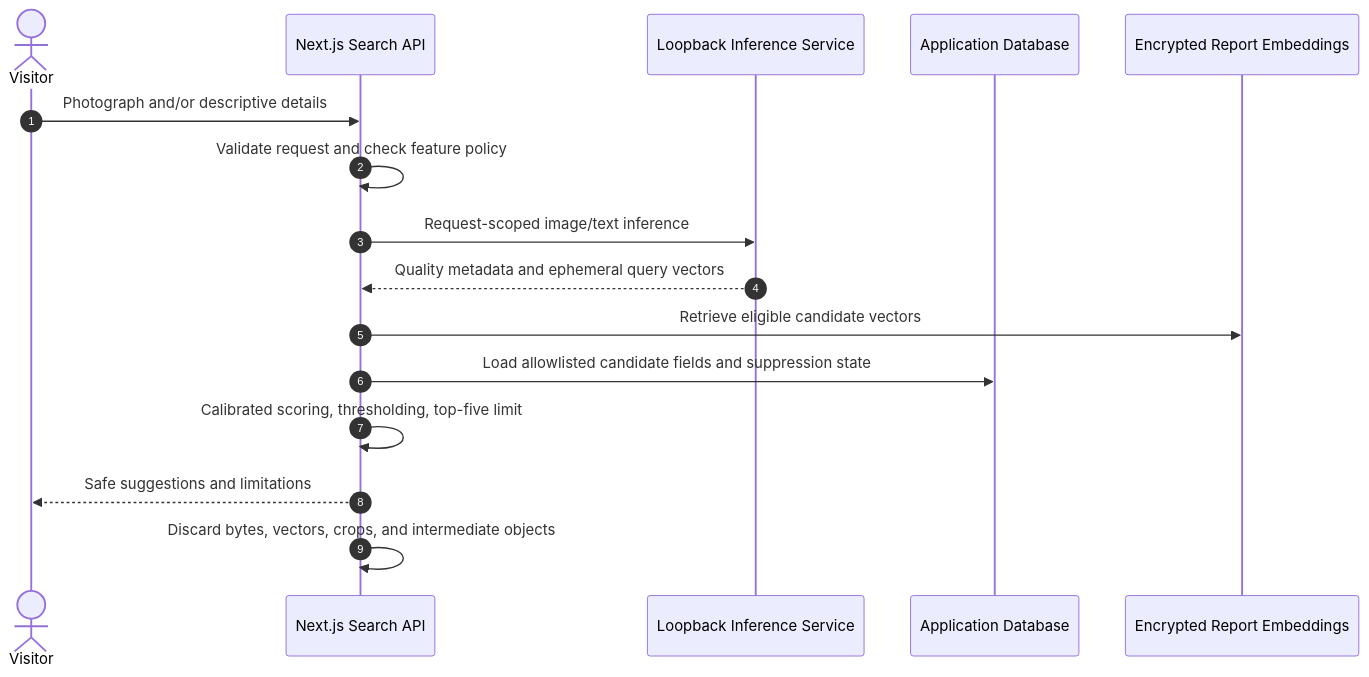
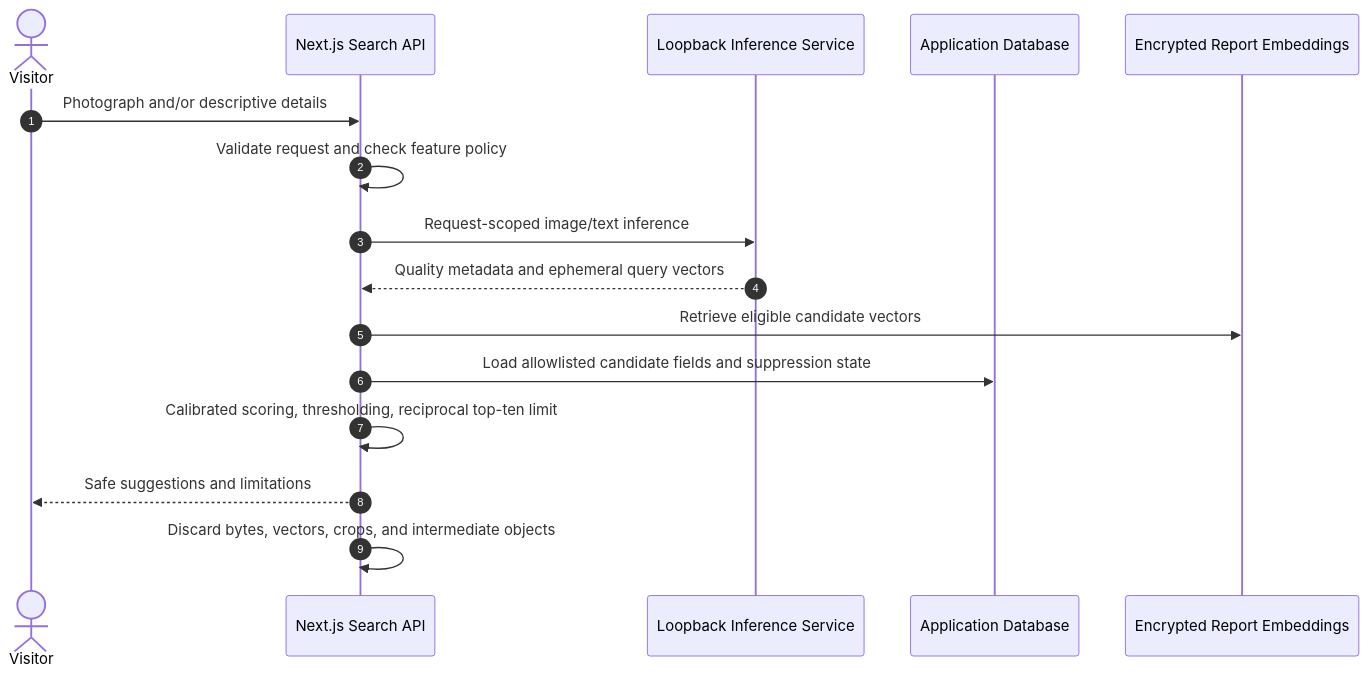
The fourth of 8 diagrams in web/docs/06-SEQUENCE-DIAGRAMS.md (ayaz-ali-36/humtrace-ai), drawn with Mermaid before and after one commit. The commit also changed other lines of this file and 111 other files, not shown here.

```diff
--- a/web/docs/06-SEQUENCE-DIAGRAMS.md
+++ b/web/docs/06-SEQUENCE-DIAGRAMS.md
@@ -89,19 +91,19 @@
 ~~~mermaid
 sequenceDiagram
     autonumber
     actor Visitor
     participant Web as Next.js Search API
     participant AI as Loopback Inference Service
     participant DB as Application Database
     participant Vectors as Encrypted Report Embeddings
 
     Visitor->>Web: Photograph and/or descriptive details
     Web->>Web: Validate request and check feature policy
     Web->>AI: Request-scoped image/text inference
     AI-->>Web: Quality metadata and ephemeral query vectors
     Web->>Vectors: Retrieve eligible candidate vectors
     Web->>DB: Load allowlisted candidate fields and suppression state
-    Web->>Web: Calibrated scoring, thresholding, top-five limit
+    Web->>Web: Calibrated scoring, thresholding, reciprocal top-ten limit
     Web-->>Visitor: Safe suggestions and limitations
     Web->>Web: Discard bytes, vectors, crops, and intermediate objects
 ~~~
```
